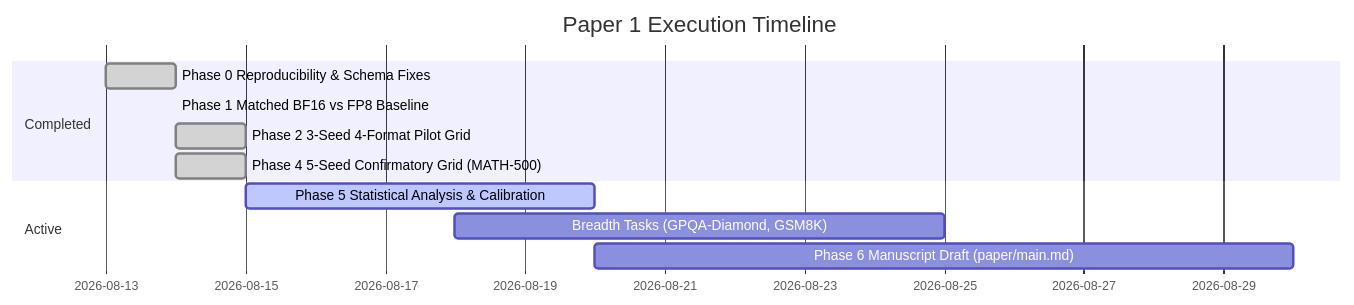
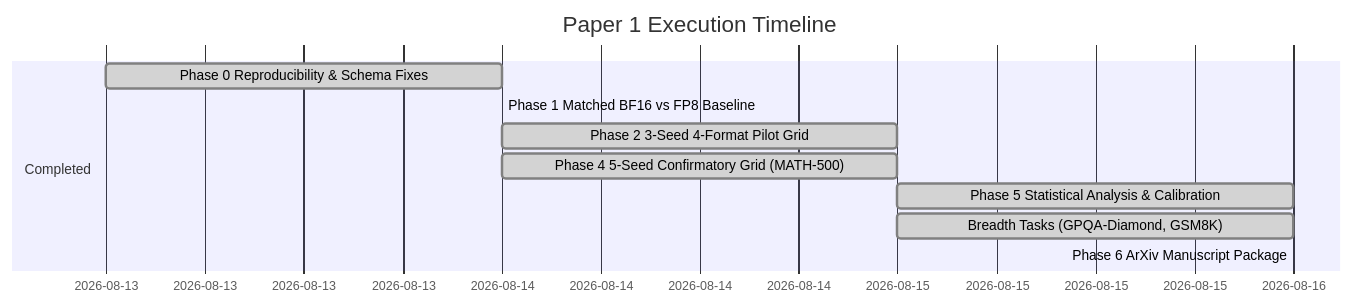
The second of 2 diagrams in AGENTS.md (Manish06N/reasoning-compression-lab), drawn with Mermaid before and after one commit. The commit also changed other lines of this file and 27 other files, not shown here.

First line of the commit message:
Fix P0 analysis errors and rewrite manuscript

````diff
--- a/AGENTS.md
+++ b/AGENTS.md
@@ -120,14 +120,13 @@
 ```mermaid
 gantt
     title Paper 1 Execution Timeline
     dateFormat  YYYY-MM-DD
     section Completed
     Phase 0 Reproducibility & Schema Fixes       :done, 2026-08-13, 2026-08-14
     Phase 1 Matched BF16 vs FP8 Baseline        :done, 2026-08-14, 2026-08-14
     Phase 2 3-Seed 4-Format Pilot Grid          :done, 2026-08-14, 2026-08-15
     Phase 4 5-Seed Confirmatory Grid (MATH-500) :done, 2026-08-14, 2026-08-15
-    section Active
-    Phase 5 Statistical Analysis & Calibration  :active, 2026-08-15, 2026-08-20
-    Breadth Tasks (GPQA-Diamond, GSM8K)         :2026-08-18, 2026-08-25
-    Phase 6 Manuscript Draft (paper/main.md)    :2026-08-20, 2026-08-30
+    Phase 5 Statistical Analysis & Calibration  :done, 2026-08-15, 2026-08-16
+    Breadth Tasks (GPQA-Diamond, GSM8K)         :done, 2026-08-15, 2026-08-16
+    Phase 6 ArXiv Manuscript Package            :done, 2026-08-16, 2026-08-16
 ```
````
